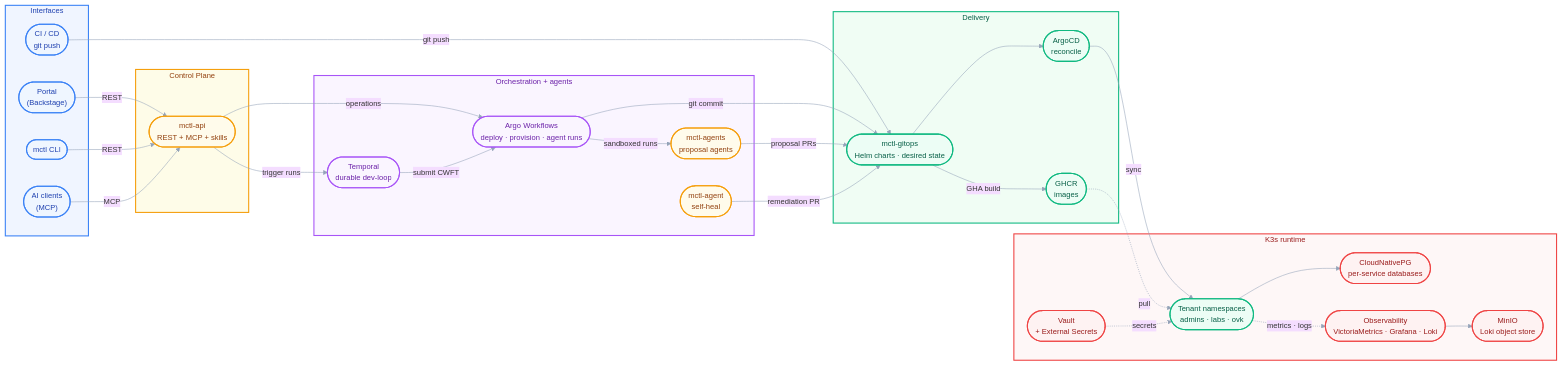
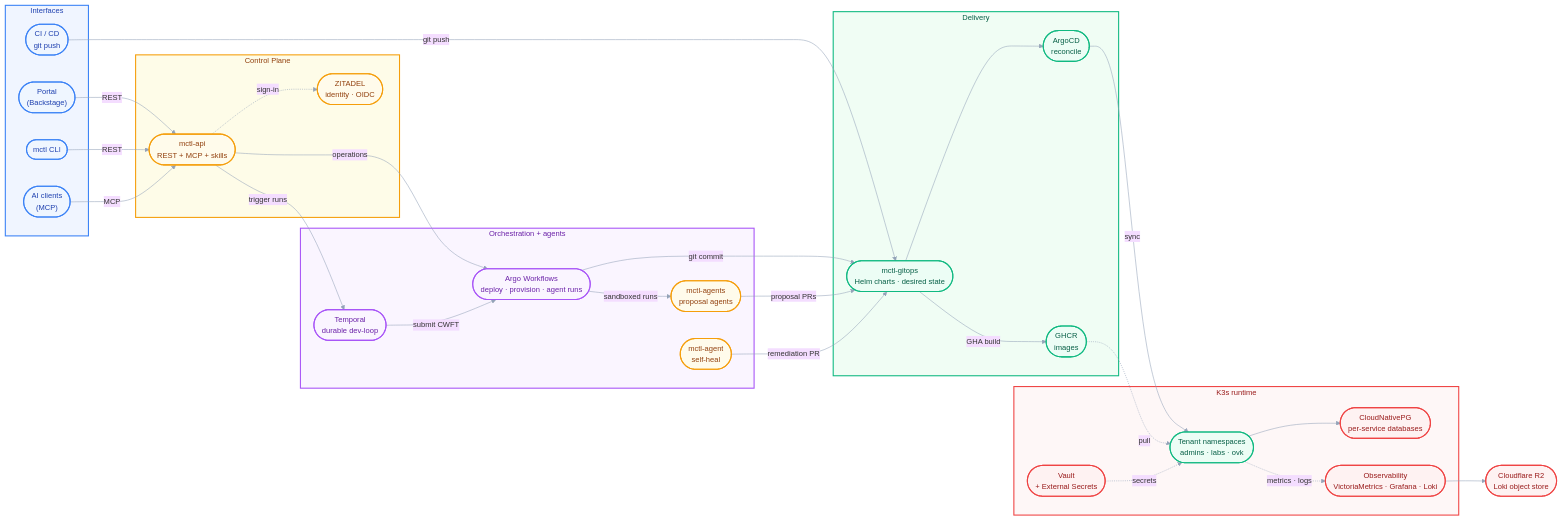
One commit to mctlhq/.github changed the first of 3 diagrams in profile/README.md. Above: the diagram before and after it, drawn with Mermaid. The commit also changed other lines of this file, not shown here.

Commit message:
docs(profile): replace Dex and MinIO with ZITADEL and R2
Dex and MinIO were removed from the platform. Sign-in and OIDC go
through ZITADEL, and Loki has stored chunks and index in Cloudflare R2
since 2026-07 (bootstrap/templates/observability/loki.yaml in
mctl-gitops). The org profile still advertised both.

R2 is drawn outside the K3s runtime box and left out of the
open-source stack list, since it is a managed service.

````diff
--- a/profile/README.md
+++ b/profile/README.md
@@ -87,71 +87,74 @@
 ```mermaid
 %%{init: {'theme': 'base', 'themeVariables': {'lineColor': '#94a3b8', 'fontSize': '14px'}}}%%
 graph LR
   classDef iface fill:#eff6ff,stroke:#3b82f6,stroke-width:2px,color:#1e40af
   classDef ctrl fill:#fffbeb,stroke:#f59e0b,stroke-width:2px,color:#92400e
   classDef orch fill:#faf5ff,stroke:#a855f7,stroke-width:2px,color:#6b21a8
   classDef infra fill:#ecfdf5,stroke:#10b981,stroke-width:2px,color:#065f46
   classDef data fill:#fef2f2,stroke:#ef4444,stroke-width:2px,color:#991b1b
 
 
   subgraph interfaces ["  Interfaces  "]
     Portal(["Portal<br/>(Backstage)"]):::iface
     CLI(["mctl CLI"]):::iface
     AI(["AI clients<br/>(MCP)"]):::iface
     Push(["CI / CD<br/>git push"]):::iface
   end
 
   subgraph controlplane ["  Control Plane  "]
     API(["mctl-api<br/>REST + MCP + skills"]):::ctrl
+    ZITADEL(["ZITADEL<br/>identity · OIDC"]):::ctrl
   end
 
   subgraph orchestration ["  Orchestration + agents  "]
     Temporal(["Temporal<br/>durable dev-loop"]):::orch
     Argo(["Argo Workflows<br/>deploy · provision · agent runs"]):::orch
     Agents(["mctl-agents<br/>proposal agents"]):::ctrl
     Agent(["mctl-agent<br/>self-heal"]):::ctrl
   end
 
   subgraph delivery ["  Delivery  "]
     Gitops(["mctl-gitops<br/>Helm charts · desired state"]):::infra
     ArgoCD(["ArgoCD<br/>reconcile"]):::infra
     GHCR(["GHCR<br/>images"]):::infra
   end
 
   subgraph runtime ["  K3s runtime  "]
     Tenants(["Tenant namespaces<br/>admins · labs · ovk"]):::infra
     Vault(["Vault<br/>+ External Secrets"]):::data
     PG(["CloudNativePG<br/>per-service databases"]):::data
     Obs(["Observability<br/>VictoriaMetrics · Grafana · Loki"]):::data
-    MinIO(["MinIO<br/>Loki object store"]):::data
   end
+
+  R2(["Cloudflare R2<br/>Loki object store"]):::data
 
   Portal -- REST --> API
   CLI -- REST --> API
   AI -- MCP --> API
+  API -. sign-in .-> ZITADEL
   Push -- git push --> Gitops
 
   API -- operations --> Argo
   API -- trigger runs --> Temporal
   Temporal -- submit CWFT --> Argo
   Argo -- sandboxed runs --> Agents
   Argo -- git commit --> Gitops
   Agents -- proposal PRs --> Gitops
   Agent -- remediation PR --> Gitops
 
   Gitops -- "GHA build" --> GHCR
   Gitops --> ArgoCD
   ArgoCD -- sync --> Tenants
   GHCR -. pull .-> Tenants
 
   Vault -. secrets .-> Tenants
   Tenants --> PG
   Tenants -. metrics · logs .-> Obs
-  Obs --> MinIO
+  Obs --> R2
 
   style interfaces fill:#f0f5ff,stroke:#3b82f6,stroke-width:2px,color:#1e40af
   style controlplane fill:#fefce8,stroke:#f59e0b,stroke-width:2px,color:#92400e
   style orchestration fill:#faf5ff,stroke:#a855f7,stroke-width:2px,color:#6b21a8
   style delivery fill:#f0fdf4,stroke:#10b981,stroke-width:2px,color:#065f46
   style runtime fill:#fef7f7,stroke:#ef4444,stroke-width:2px,color:#991b1b
 ```
````
